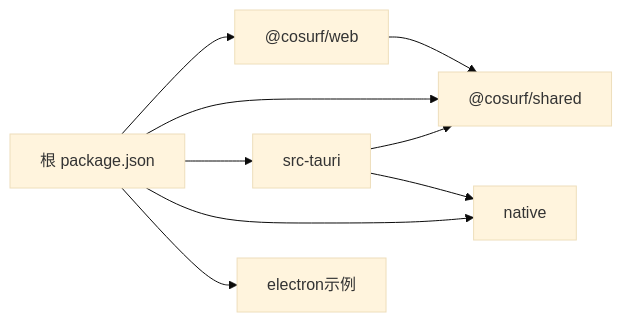
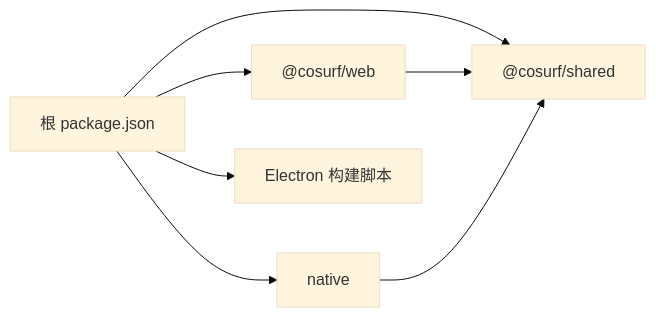
The fourth of 4 diagrams in .qoder/repowiki/zh/content/开发指南/构建与部署.md (baike08/cosurf), drawn with Mermaid (base theme) before and after one commit. The commit also changed other lines of this file and 15 other files, not shown here.

````diff
--- a/.qoder/repowiki/zh/content/开发指南/构建与部署.md
+++ b/.qoder/repowiki/zh/content/开发指南/构建与部署.md
@@ -266,11 +231,9 @@
 ```mermaid
 graph LR
 Root["根 package.json"] --> Web["@cosurf/web"]
 Root --> Shared["@cosurf/shared"]
-Root --> Tauri["src-tauri"]
 Root --> Native["native"]
-Root --> Electron["electron示例"]
+Root --> Electron["Electron 构建脚本"]
 Web --> Shared
-Tauri --> Shared
-Tauri --> Native
+Native --> Shared
 ```
````
